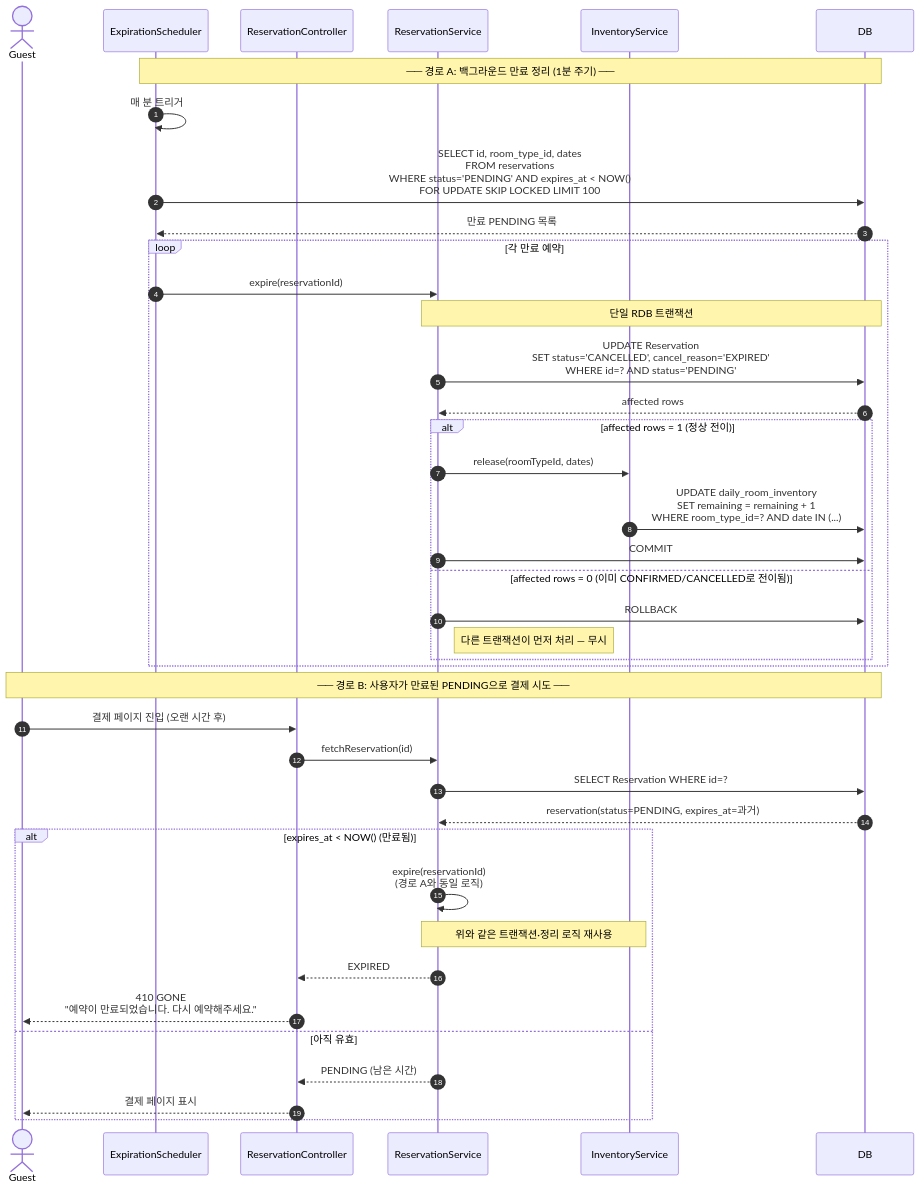
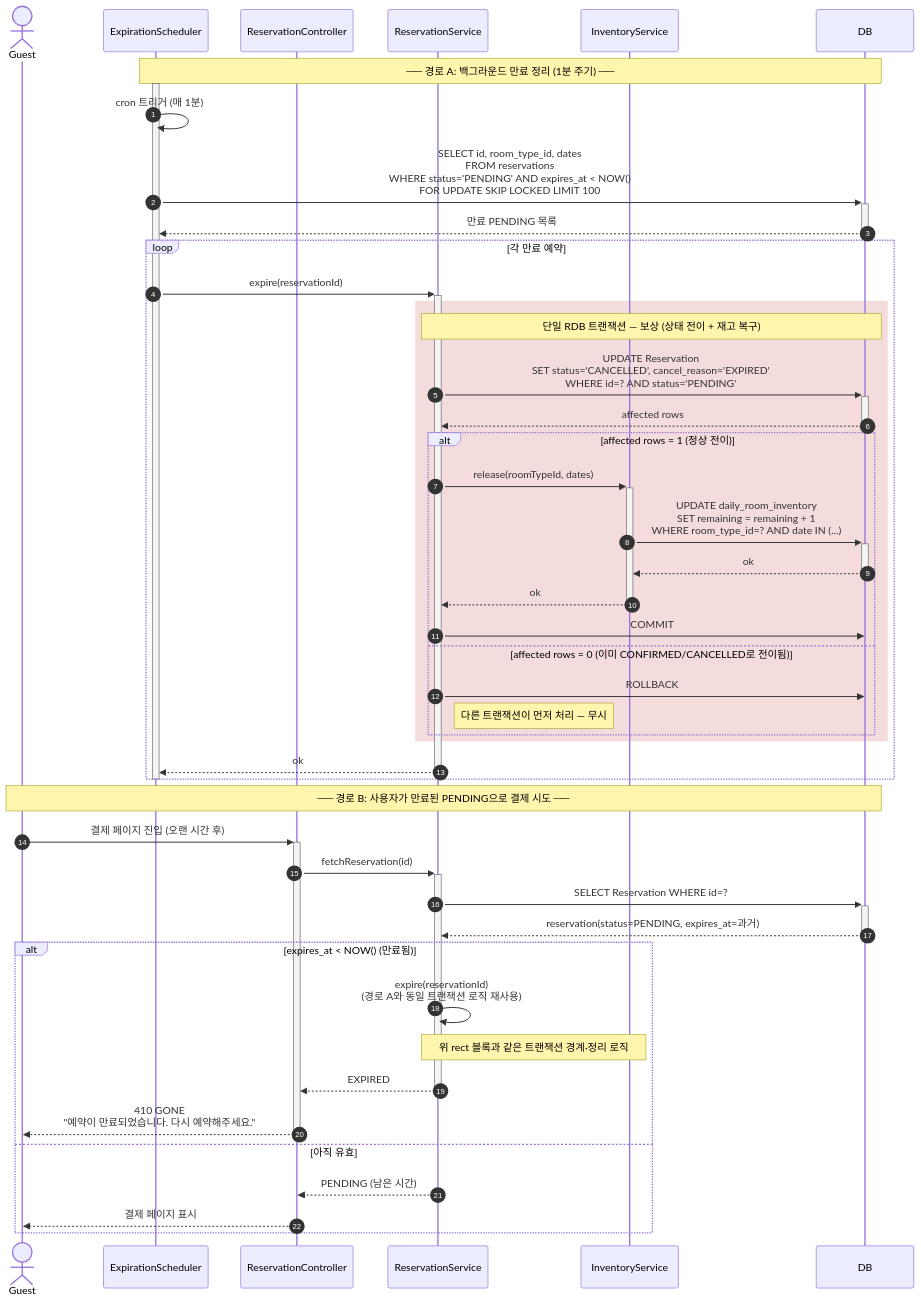
The second of 4 diagrams in docs/design/02-sequence-diagrams.md (hyujikoh/E-commerce-BE), drawn with Mermaid before and after one commit. The commit also changed other lines of this file, not shown here.

First line of the commit message:
docs(design): 02-sequence-diagrams 활성화 막대·rect 트랜잭션·도해 가이드 보강

````diff
--- a/docs/design/02-sequence-diagrams.md
+++ b/docs/design/02-sequence-diagrams.md
@@ -129,47 +164,54 @@
 ```mermaid
 sequenceDiagram
   autonumber
   actor Guest
   participant Sched as ExpirationScheduler
   participant Ctrl as ReservationController
   participant Svc as ReservationService
   participant Inv as InventoryService
   participant DB
 
   Note over Sched,DB: ── 경로 A: 백그라운드 만료 정리 (1분 주기) ──
 
-  Sched->>Sched: 매 분 트리거
-  Sched->>DB: SELECT id, room_type_id, dates<br/>FROM reservations<br/>WHERE status='PENDING' AND expires_at < NOW()<br/>FOR UPDATE SKIP LOCKED LIMIT 100
-  DB-->>Sched: 만료 PENDING 목록
+  activate Sched
+  Sched->>Sched: cron 트리거 (매 1분)
+  Sched->>+DB: SELECT id, room_type_id, dates<br/>FROM reservations<br/>WHERE status='PENDING' AND expires_at < NOW()<br/>FOR UPDATE SKIP LOCKED LIMIT 100
+  DB-->>-Sched: 만료 PENDING 목록
 
   loop 각 만료 예약
-    Sched->>Svc: expire(reservationId)
-    Note over Svc,DB: 단일 RDB 트랜잭션
-    Svc->>DB: UPDATE Reservation<br/>SET status='CANCELLED', cancel_reason='EXPIRED'<br/>WHERE id=? AND status='PENDING'
-    DB-->>Svc: affected rows
-    alt affected rows = 1 (정상 전이)
-      Svc->>Inv: release(roomTypeId, dates)
-      Inv->>DB: UPDATE daily_room_inventory<br/>SET remaining = remaining + 1<br/>WHERE room_type_id=? AND date IN (...)
-      Svc->>DB: COMMIT
-    else affected rows = 0 (이미 CONFIRMED/CANCELLED로 전이됨)
-      Svc->>DB: ROLLBACK
-      Note right of Svc: 다른 트랜잭션이 먼저 처리 — 무시
+    Sched->>+Svc: expire(reservationId)
+    rect rgb(245, 220, 220)
+      Note over Svc,DB: 단일 RDB 트랜잭션 — 보상 (상태 전이 + 재고 복구)
+      Svc->>+DB: UPDATE Reservation<br/>SET status='CANCELLED', cancel_reason='EXPIRED'<br/>WHERE id=? AND status='PENDING'
+      DB-->>-Svc: affected rows
+      alt affected rows = 1 (정상 전이)
+        Svc->>+Inv: release(roomTypeId, dates)
+        Inv->>+DB: UPDATE daily_room_inventory<br/>SET remaining = remaining + 1<br/>WHERE room_type_id=? AND date IN (...)
+        DB-->>-Inv: ok
+        Inv-->>-Svc: ok
+        Svc->>DB: COMMIT
+      else affected rows = 0 (이미 CONFIRMED/CANCELLED로 전이됨)
+        Svc->>DB: ROLLBACK
+        Note right of Svc: 다른 트랜잭션이 먼저 처리 — 무시
+      end
     end
+    Svc-->>-Sched: ok
   end
+  deactivate Sched
 
   Note over Guest,DB: ── 경로 B: 사용자가 만료된 PENDING으로 결제 시도 ──
 
-  Guest->>Ctrl: 결제 페이지 진입 (오랜 시간 후)
-  Ctrl->>Svc: fetchReservation(id)
-  Svc->>DB: SELECT Reservation WHERE id=?
-  DB-->>Svc: reservation(status=PENDING, expires_at=과거)
+  Guest->>+Ctrl: 결제 페이지 진입 (오랜 시간 후)
+  Ctrl->>+Svc: fetchReservation(id)
+  Svc->>+DB: SELECT Reservation WHERE id=?
+  DB-->>-Svc: reservation(status=PENDING, expires_at=과거)
   alt expires_at < NOW() (만료됨)
-    Svc->>Svc: expire(reservationId)<br/>(경로 A와 동일 로직)
-    Note over Svc,Inv: 위와 같은 트랜잭션·정리 로직 재사용
-    Svc-->>Ctrl: EXPIRED
-    Ctrl-->>Guest: 410 GONE<br/>"예약이 만료되었습니다. 다시 예약해주세요."
+    Svc->>Svc: expire(reservationId)<br/>(경로 A와 동일 트랜잭션 로직 재사용)
+    Note over Svc,Inv: 위 rect 블록과 같은 트랜잭션 경계·정리 로직
+    Svc-->>-Ctrl: EXPIRED
+    Ctrl-->>-Guest: 410 GONE<br/>"예약이 만료되었습니다. 다시 예약해주세요."
   else 아직 유효
     Svc-->>Ctrl: PENDING (남은 시간)
     Ctrl-->>Guest: 결제 페이지 표시
   end
 ```
````
